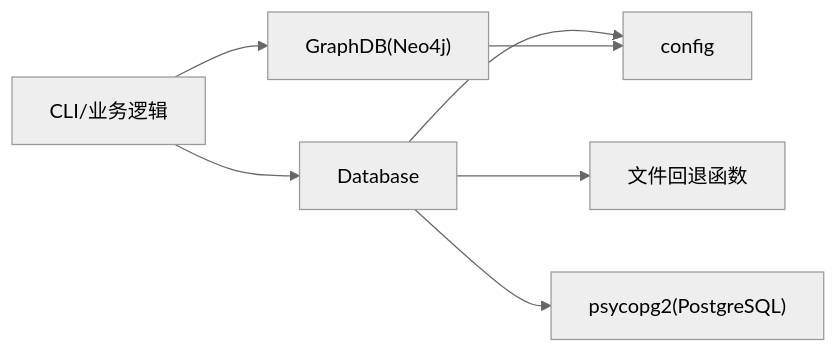
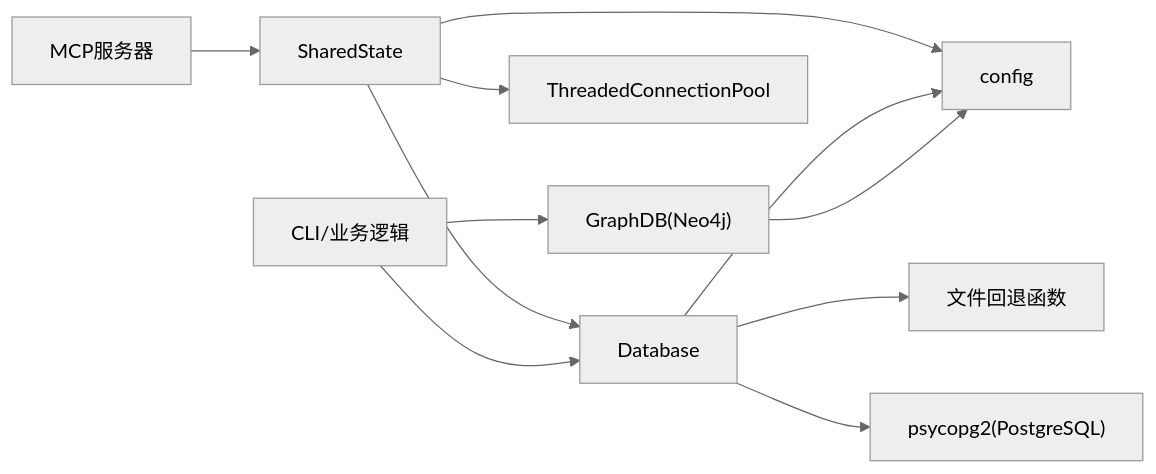
The sixth of 6 diagrams in .qoder/repowiki/zh/content/Python后端系统/数据库抽象层.md (1173591564/academic-based-qoder), drawn with Mermaid (neutral theme) before and after one commit. The commit also changed other lines of this file and 80 other files, not shown here.

````diff
--- a/.qoder/repowiki/zh/content/Python后端系统/数据库抽象层.md
+++ b/.qoder/repowiki/zh/content/Python后端系统/数据库抽象层.md
@@ -291,9 +359,13 @@
 ```mermaid
 graph LR
-DB["Database"] --> CFG["config"]
+STATE["SharedState"] --> DB["Database"]
+STATE --> CFG["config"]
+DB --> CFG
 DB --> FS["文件回退函数"]
 DB --> PG["psycopg2(PostgreSQL)"]
+STATE --> POOL["ThreadedConnectionPool"]
 CLI["CLI/业务逻辑"] --> DB
 CLI --> GDB["GraphDB(Neo4j)"]
+MCP["MCP服务器"] --> STATE
 GDB --> CFG
 ```
````
